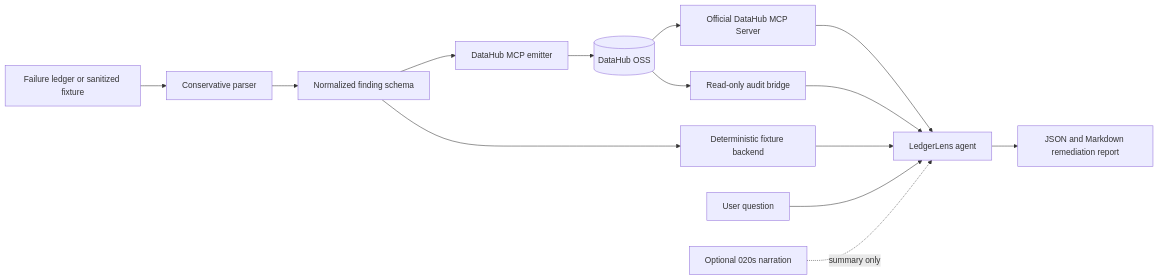
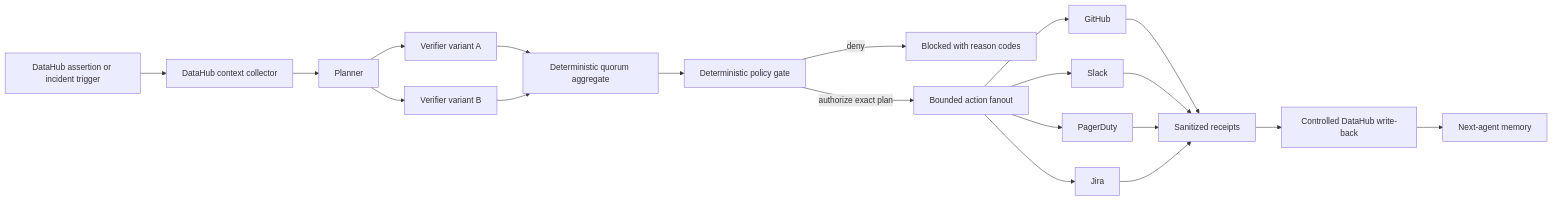
Before and after one commit to tomyimkc/ledgerlens: the first of 2 diagrams in ARCHITECTURE.md, drawn with Mermaid. The commit also changed other lines of this file and 101 other files, not shown here.

First line of the commit message:
Ship LedgerLens Autonomous Data Incident Commander (#4)

````diff
--- a/ARCHITECTURE.md
+++ b/ARCHITECTURE.md
@@ -26,17 +19,22 @@
 ```mermaid
 flowchart LR
-    L[Failure ledger or sanitized fixture] --> P[Conservative parser]
-    P --> V[Normalized finding schema]
-    V --> E[DataHub MCP emitter]
-    E --> D[(DataHub OSS)]
-    D --> M[Official DataHub MCP Server]
-    D --> A[Read-only audit bridge]
-    M --> G[LedgerLens agent]
-    A --> G
-    V --> F[Deterministic fixture backend]
-    F --> G
-    G --> R[JSON and Markdown remediation report]
-
-    U[User question] --> G
-    X[Optional 020s narration] -. summary only .-> G
+    T[DataHub assertion or incident trigger] --> C[DataHub context collector]
+    C --> P[Planner]
+    P --> V1[Verifier variant A]
+    P --> V2[Verifier variant B]
+    V1 --> Q[Deterministic quorum aggregate]
+    V2 --> Q
+    Q --> G[Deterministic policy gate]
+    G -->|deny| B[Blocked with reason codes]
+    G -->|authorize exact plan| F[Bounded action fanout]
+    F --> GH[GitHub]
+    F --> SL[Slack]
+    F --> PD[PagerDuty]
+    F --> JR[Jira]
+    GH --> R[Sanitized receipts]
+    SL --> R
+    PD --> R
+    JR --> R
+    R --> W[Controlled DataHub write-back]
+    W --> M[Next-agent memory]
 ```
````
